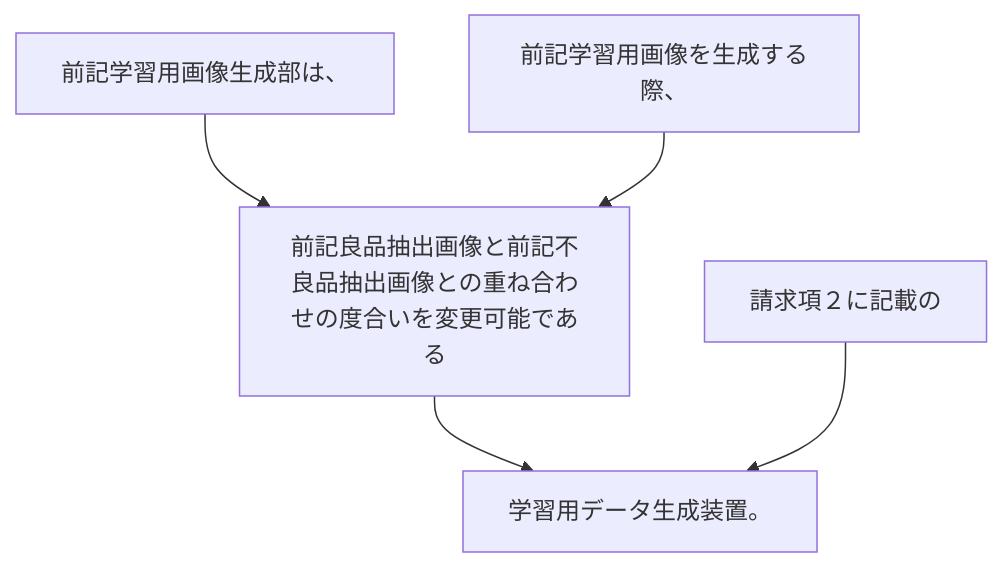
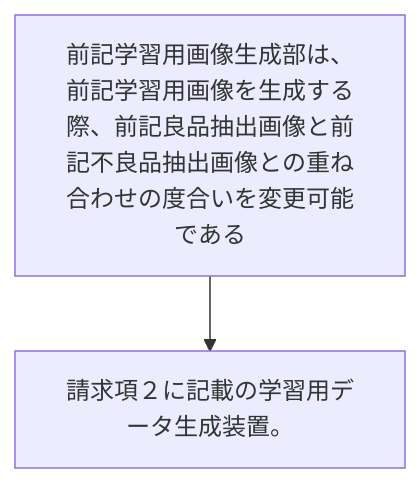
The diagram in 2024/JP2024000284A/claim_4/claim_4_graph.md (shinmori55/patent_analyzed), drawn with Mermaid before and after one commit. The commit also changed 15 other files, not shown here.

````diff
--- a/2024/JP2024000284A/claim_4/claim_4_graph.md
+++ b/2024/JP2024000284A/claim_4/claim_4_graph.md
@@ -1,12 +1,6 @@
 ```mermaid
 flowchart TD
-A[前記学習用画像生成部は、]
-B[前記学習用画像を生成する際、]
-C[前記良品抽出画像と前記不良品抽出画像との重ね合わせの度合いを変更可能である]
-D[請求項２に記載の]
-E[学習用データ生成装置。]
-A --> C
-B --> C
-C --> E
-D --> E
+A[前記学習用画像生成部は、前記学習用画像を生成する際、前記良品抽出画像と前記不良品抽出画像との重ね合わせの度合いを変更可能である]
+B[請求項２に記載の学習用データ生成装置。]
+A --> B
 ```
````
